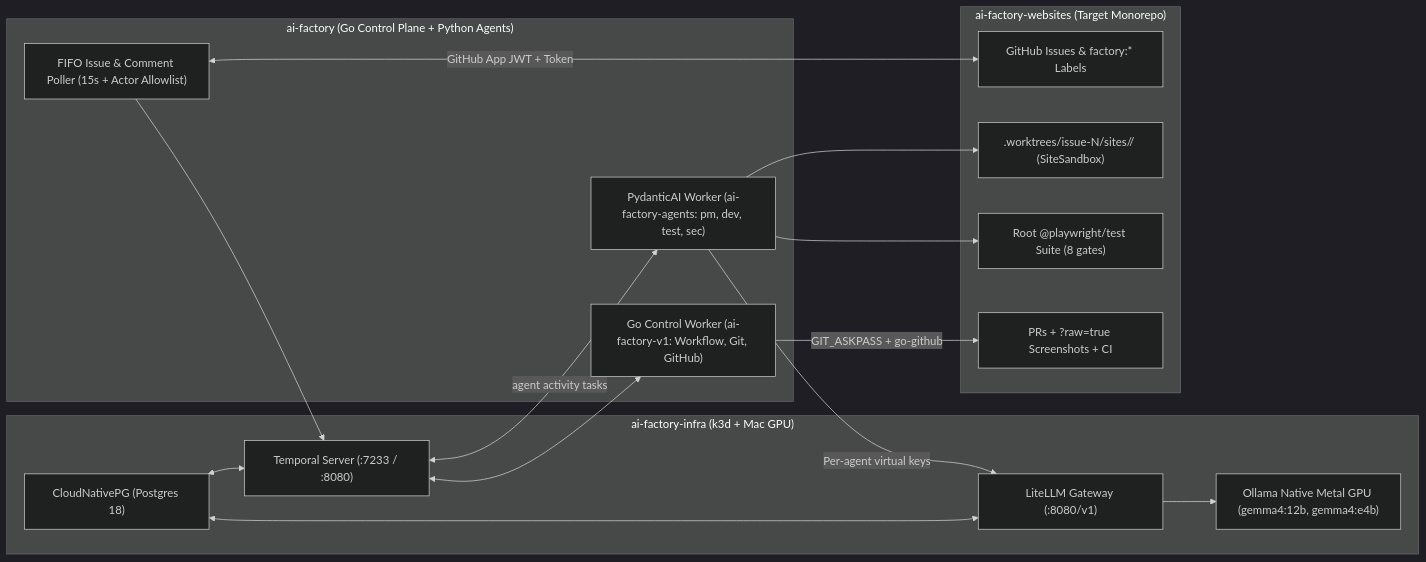
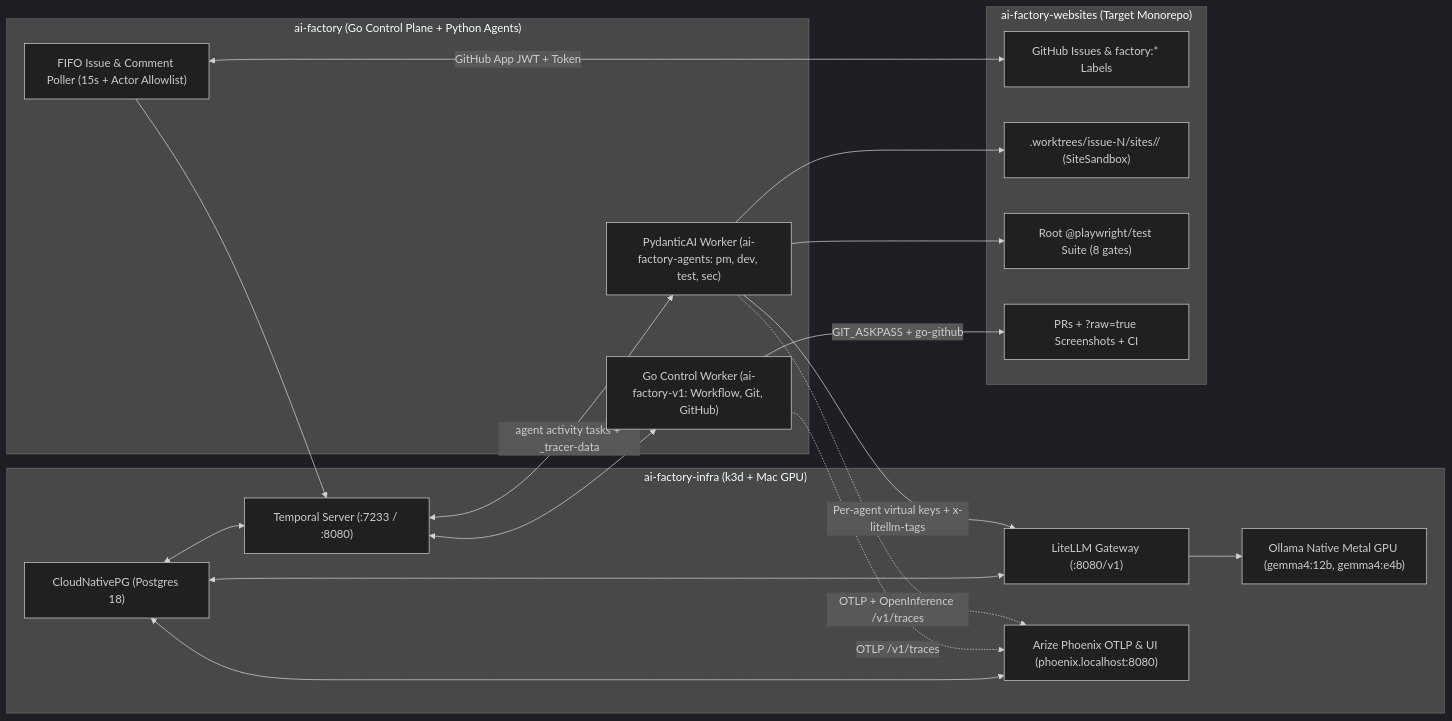
The first of 2 diagrams in docs/architecture.md (barbarosydev/ai-factory), drawn with Mermaid (dark theme) before and after one commit. The commit also changed other lines of this file and 35 other files, not shown here.

Commit message:
feat(tracing): end-to-end OpenTelemetry/OpenInference tracing to Phoenix with PR provenance

````diff
--- a/docs/architecture.md
+++ b/docs/architecture.md
@@ -7,33 +7,37 @@
 ```mermaid
 flowchart LR
   subgraph INFRA["ai-factory-infra (k3d + Mac GPU)"]
     CNPG["CloudNativePG (Postgres 18)"]
     TEMP["Temporal Server (:7233 / :8080)"]
     LITE["LiteLLM Gateway (:8080/v1)"]
+    PHX["Arize Phoenix OTLP & UI (phoenix.localhost:8080)"]
     OLLAMA["Ollama Native Metal GPU (gemma4:12b, gemma4:e4b)"]
     CNPG <--> TEMP
     CNPG <--> LITE
+    CNPG <--> PHX
     LITE --> OLLAMA
   end
 
   subgraph FACTORY["ai-factory (Go Control Plane + Python Agents)"]
     POLLER["FIFO Issue & Comment Poller (15s + Actor Allowlist)"]
     WORKER["Go Control Worker (ai-factory-v1: Workflow, Git, GitHub)"]
     PYWORKER["PydanticAI Worker (ai-factory-agents: pm, dev, test, sec)"]
     POLLER --> TEMP
     TEMP <--> WORKER
-    TEMP <-->|agent activity tasks| PYWORKER
-    PYWORKER -->|Per-agent virtual keys| LITE
+    TEMP <-->|agent activity tasks + _tracer-data| PYWORKER
+    PYWORKER -->|Per-agent virtual keys + x-litellm-tags| LITE
+    WORKER -.->|OTLP /v1/traces| PHX
+    PYWORKER -.->|OTLP + OpenInference /v1/traces| PHX
   end
 
   subgraph TARGET["ai-factory-websites (Target Monorepo)"]
     ISSUES["GitHub Issues & factory:* Labels"]
     WT[".worktrees/issue-N/sites/<slug>/ (SiteSandbox)"]
     PW["Root @playwright/test Suite (8 gates)"]
     PRS["PRs + ?raw=true Screenshots + CI"]
     POLLER <-->|GitHub App JWT + Token| ISSUES
     PYWORKER --> WT
     PYWORKER --> PW
     WORKER -->|GIT_ASKPASS + go-github| PRS
   end
 ```
````
